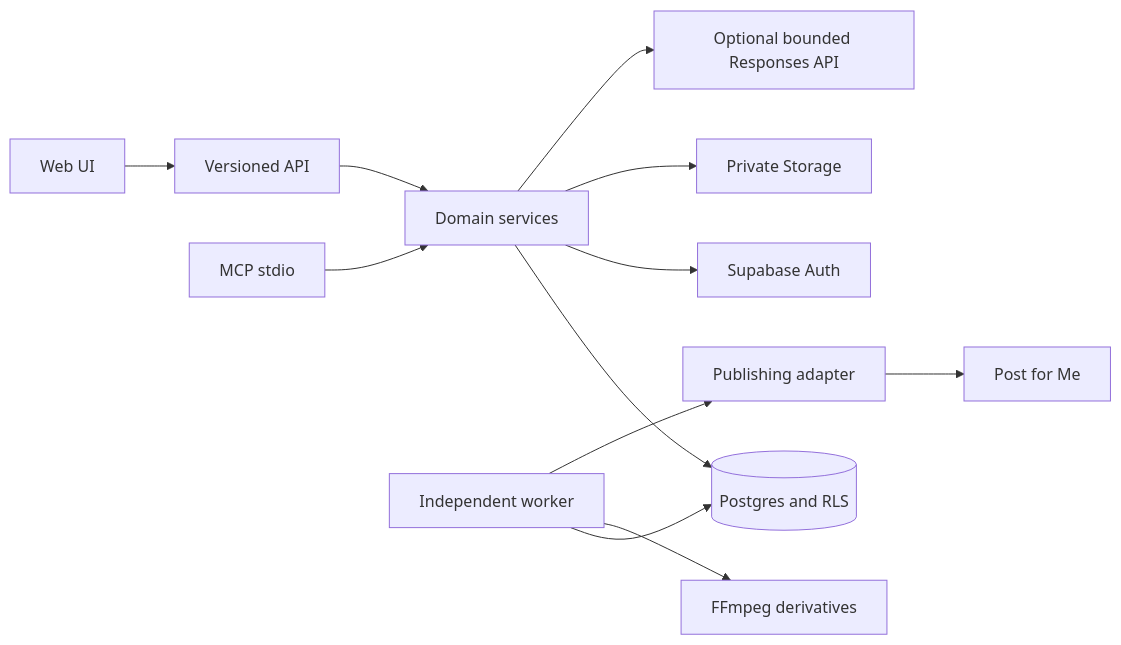
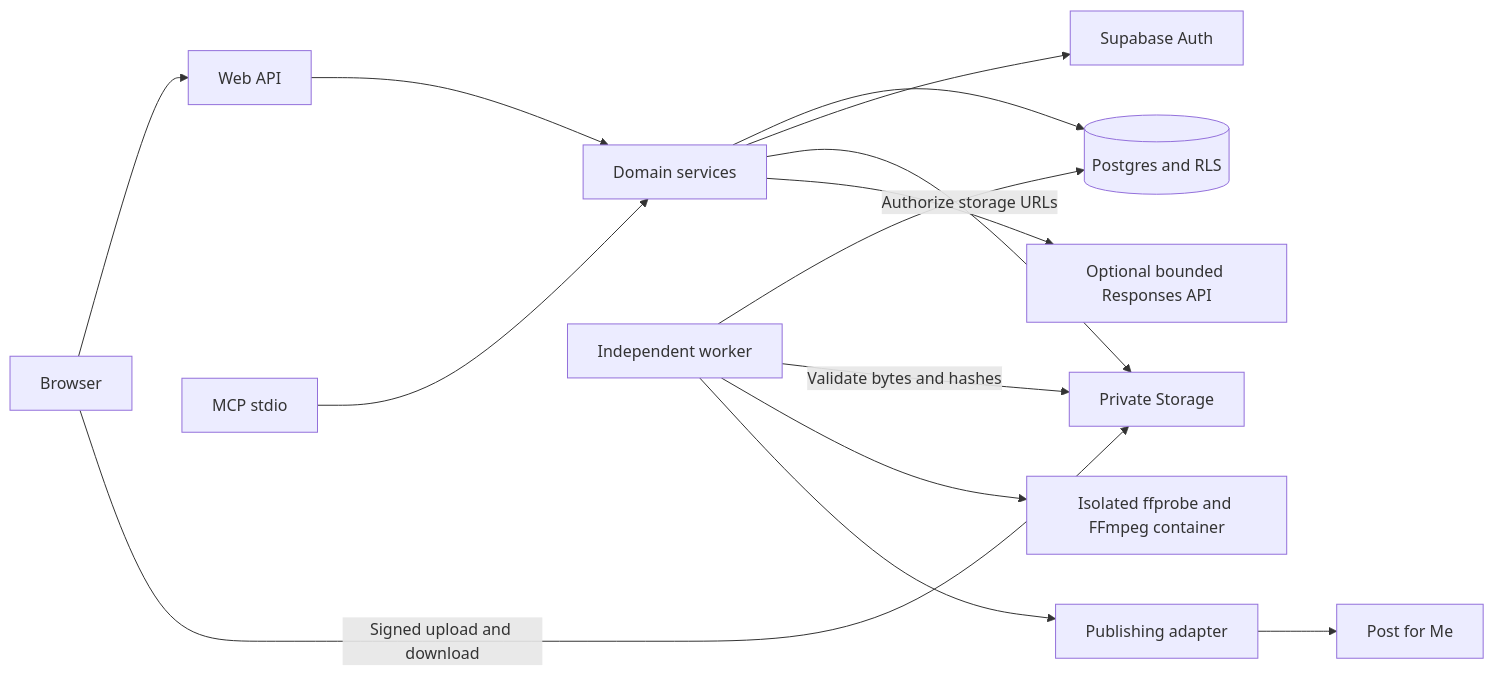
The diagram in docs/architecture.md (xylotropic/MediaFlock), drawn with Mermaid before and after one commit. The commit also changed other lines of this file and 98 other files, not shown here.

````diff
--- a/docs/architecture.md
+++ b/docs/architecture.md
@@ -5,14 +9,16 @@
 ```mermaid
 flowchart LR
-  UI[Web UI] --> API[Versioned API]
+  UI[Browser] --> API[Web API]
+  UI -->|Signed upload and download| S[Private Storage]
   MCP[MCP stdio] --> D[Domain services]
   API --> D
   D --> DB[(Postgres and RLS)]
   D --> AUTH[Supabase Auth]
-  D --> S[Private Storage]
+  D -->|Authorize storage URLs| S
   W[Independent worker] --> DB
-  W --> F[FFmpeg derivatives]
+  W -->|Validate bytes and hashes| S
+  W --> F[Isolated ffprobe and FFmpeg container]
   W --> P[Publishing adapter]
   P --> PF[Post for Me]
   D --> AI[Optional bounded Responses API]
 ```
````
